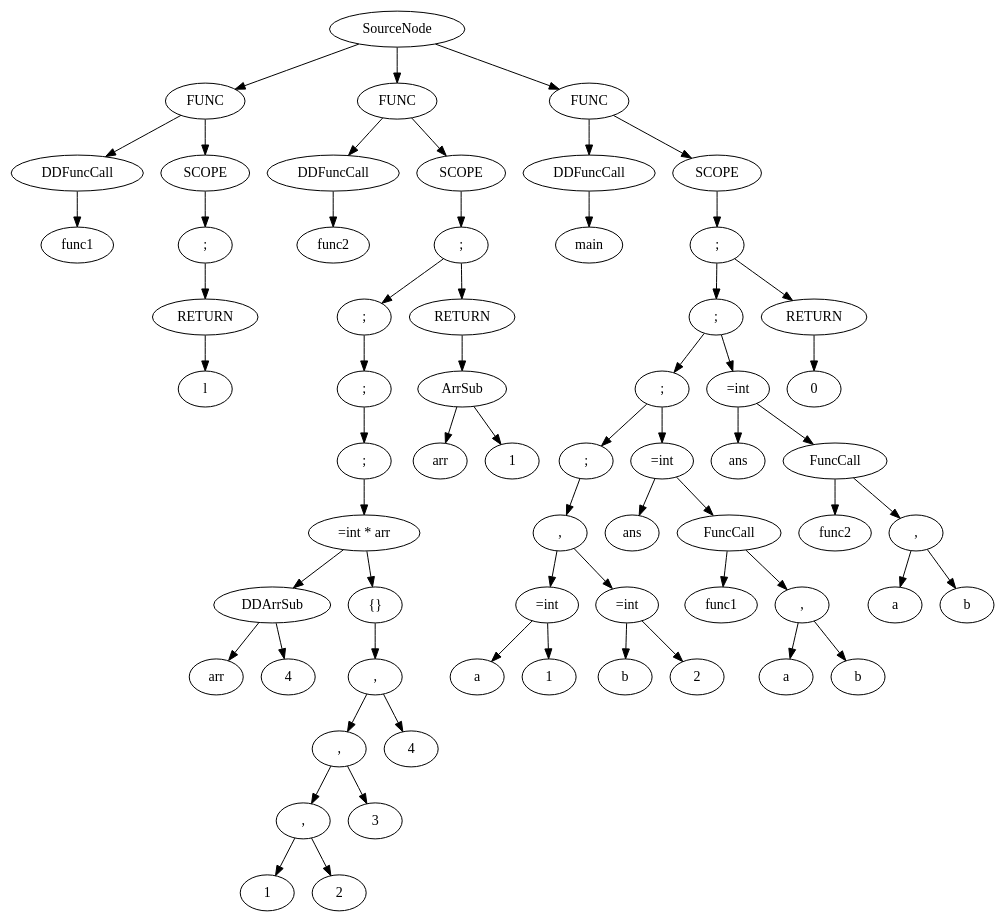
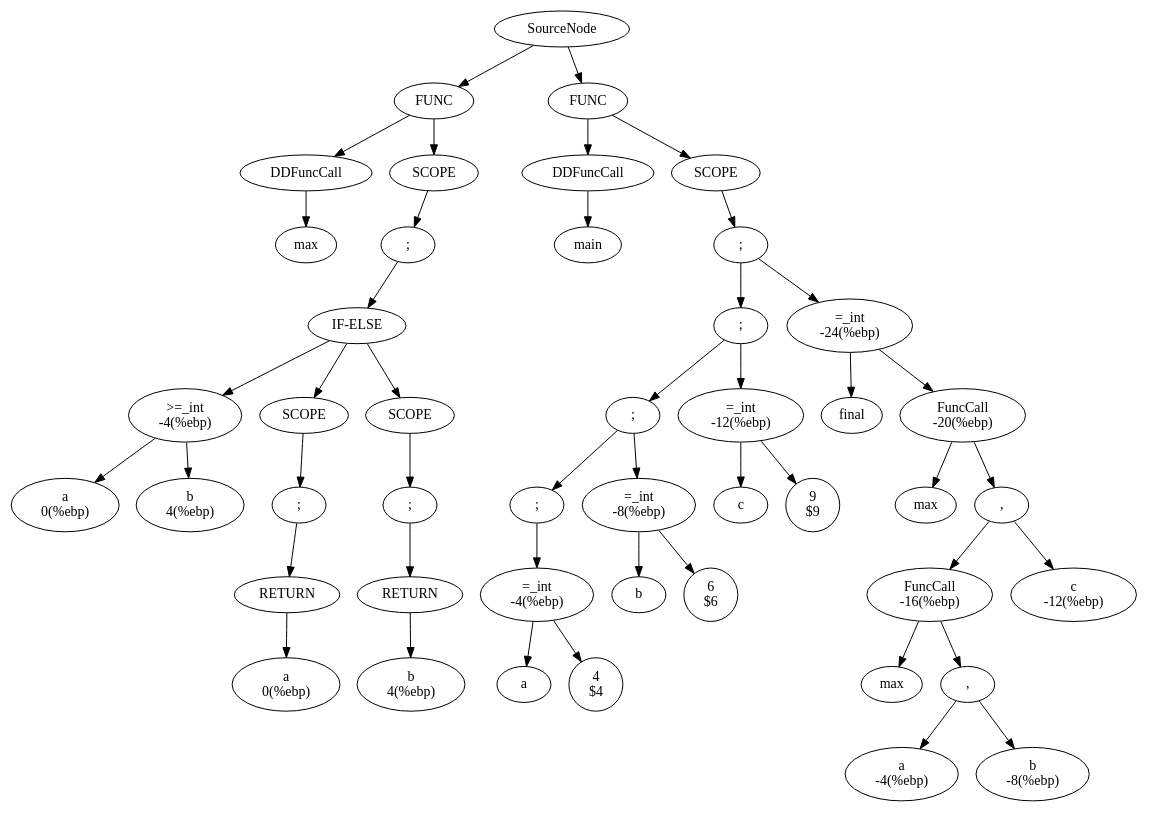
Before and after one commit to SupreethBaliga/Compilers: the diagram in dot/test2.dot, drawn with Graphviz. The commit also changed 5 other files, not shown here.

```diff
--- a/dot/test2.dot
+++ b/dot/test2.dot
@@ -3,260 +3,242 @@
 	node [label="\N"];
 	{
 		graph [rank=same];
-		2		 [label=func1];
+		2		 [label="max
+"];
 	}
 	{
 		graph [rank=same];
-		14		 [label=l];
+		8		 [label="a
+0(%ebp)"];
+		9		 [label="b
+4(%ebp)"];
+		8 -> 9		 [style=invis];
 	}
 	{
 		graph [rank=same];
-		15		 [label=RETURN];
+		11		 [label="a
+0(%ebp)"];
 	}
 	{
 		graph [rank=same];
-		16		 [label=";"];
+		12		 [label="RETURN
+"];
 	}
 	{
 		graph [rank=same];
-		7		 [label=DDFuncCall];
-		17		 [label=SCOPE];
-		7 -> 17		 [style=invis];
+		13		 [label=";
+"];
 	}
 	{
 		graph [rank=same];
-		20		 [label=func2];
+		15		 [label="b
+4(%ebp)"];
 	}
 	{
 		graph [rank=same];
-		27		 [label=arr];
-		28		 [label=4];
+		16		 [label="RETURN
+"];
+	}
+	{
+		graph [rank=same];
+		17		 [label=";
+"];
+	}
+	{
+		graph [rank=same];
+		10		 [label=">=_int
+-4(%ebp)"];
+		14		 [label="SCOPE
+"];
+		10 -> 14		 [style=invis];
+		18		 [label="SCOPE
+"];
+		14 -> 18		 [style=invis];
+	}
+	{
+		graph [rank=same];
+		19		 [label="IF-ELSE
+"];
+	}
+	{
+		graph [rank=same];
+		20		 [label=";
+"];
+	}
+	{
+		graph [rank=same];
+		7		 [label="DDFuncCall
+"];
+		21		 [label="SCOPE
+"];
+		7 -> 21		 [style=invis];
+	}
+	{
+		graph [rank=same];
+		22		 [label="FUNC
+"];
+	}
+	{
+		graph [rank=same];
+		24		 [label="main
+"];
+	}
+	{
+		graph [rank=same];
+		27		 [label="a
+"];
+		28		 [label="4
+$4"];
 		27 -> 28		 [style=invis];
 	}
 	{
 		graph [rank=same];
-		30		 [label=1];
-		31		 [label=2];
-		30 -> 31		 [style=invis];
+		29		 [label="=_int
+-4(%ebp)"];
 	}
 	{
 		graph [rank=same];
-		32		 [label=","];
-		33		 [label=3];
+		32		 [label="b
+"];
+		33		 [label="6
+$6"];
 		32 -> 33		 [style=invis];
 	}
 	{
 		graph [rank=same];
-		34		 [label=","];
-		35		 [label=4];
-		34 -> 35		 [style=invis];
+		30		 [label=";
+"];
+		34		 [label="=_int
+-8(%ebp)"];
+		30 -> 34		 [style=invis];
 	}
 	{
 		graph [rank=same];
-		36		 [label=","];
+		37		 [label="c
+"];
+		38		 [label="9
+$9"];
+		37 -> 38		 [style=invis];
 	}
 	{
 		graph [rank=same];
-		29		 [label=DDArrSub];
-		37		 [label="{}"];
-		29 -> 37		 [style=invis];
+		35		 [label=";
+"];
+		39		 [label="=_int
+-12(%ebp)"];
+		35 -> 39		 [style=invis];
 	}
 	{
 		graph [rank=same];
-		38		 [label="=int * arr"];
+		45		 [label="a
+-4(%ebp)"];
+		46		 [label="b
+-8(%ebp)"];
+		45 -> 46		 [style=invis];
 	}
 	{
 		graph [rank=same];
-		39		 [label=";"];
+		44		 [label="max
+"];
+		47		 [label=",
+"];
+		44 -> 47		 [style=invis];
 	}
 	{
 		graph [rank=same];
-		42		 [label=";"];
+		48		 [label="FuncCall
+-16(%ebp)"];
+		49		 [label="c
+-12(%ebp)"];
+		48 -> 49		 [style=invis];
 	}
 	{
 		graph [rank=same];
-		46		 [label=arr];
-		47		 [label=1];
-		46 -> 47		 [style=invis];
+		43		 [label="max
+"];
+		50		 [label=",
+"];
+		43 -> 50		 [style=invis];
 	}
 	{
 		graph [rank=same];
-		48		 [label=ArrSub];
+		42		 [label="final
+"];
+		51		 [label="FuncCall
+-20(%ebp)"];
+		42 -> 51		 [style=invis];
 	}
 	{
 		graph [rank=same];
-		45		 [label=";"];
-		49		 [label=RETURN];
-		45 -> 49		 [style=invis];
+		40		 [label=";
+"];
+		52		 [label="=_int
+-24(%ebp)"];
+		40 -> 52		 [style=invis];
 	}
 	{
 		graph [rank=same];
-		50		 [label=";"];
+		53		 [label=";
+"];
 	}
 	{
 		graph [rank=same];
-		25		 [label=DDFuncCall];
-		51		 [label=SCOPE];
-		25 -> 51		 [style=invis];
+		25		 [label="DDFuncCall
+"];
+		54		 [label="SCOPE
+"];
+		25 -> 54		 [style=invis];
 	}
 	{
 		graph [rank=same];
-		54		 [label=main];
+		55		 [label="FUNC
+"];
 	}
-	{
-		graph [rank=same];
-		57		 [label=a];
-		58		 [label=1];
-		57 -> 58		 [style=invis];
-	}
-	{
-		graph [rank=same];
-		60		 [label=b];
-		61		 [label=2];
-		60 -> 61		 [style=invis];
-	}
-	{
-		graph [rank=same];
-		59		 [label="=int"];
-		62		 [label="=int"];
-		59 -> 62		 [style=invis];
-	}
-	{
-		graph [rank=same];
-		63		 [label=","];
-	}
-	{
-		graph [rank=same];
-		68		 [label=a];
-		69		 [label=b];
-		68 -> 69		 [style=invis];
-	}
-	{
-		graph [rank=same];
-		67		 [label=func1];
-		70		 [label=","];
-		67 -> 70		 [style=invis];
-	}
-	{
-		graph [rank=same];
-		66		 [label=ans];
-		71		 [label=FuncCall];
-		66 -> 71		 [style=invis];
-	}
-	{
-		graph [rank=same];
-		64		 [label=";"];
-		72		 [label="=int"];
-		64 -> 72		 [style=invis];
-	}
-	{
-		graph [rank=same];
-		77		 [label=a];
-		78		 [label=b];
-		77 -> 78		 [style=invis];
-	}
-	{
-		graph [rank=same];
-		76		 [label=func2];
-		79		 [label=","];
-		76 -> 79		 [style=invis];
-	}
-	{
-		graph [rank=same];
-		74		 [label=ans];
-		80		 [label=FuncCall];
-		74 -> 80		 [style=invis];
-	}
-	{
-		graph [rank=same];
-		73		 [label=";"];
-		75		 [label="=int"];
-		73 -> 75		 [style=invis];
-	}
-	{
-		graph [rank=same];
-		82		 [label=0];
-	}
-	{
-		graph [rank=same];
-		81		 [label=";"];
-		83		 [label=RETURN];
-		81 -> 83		 [style=invis];
-	}
-	{
-		graph [rank=same];
-		84		 [label=";"];
-	}
-	{
-		graph [rank=same];
-		55		 [label=DDFuncCall];
-		85		 [label=SCOPE];
-		55 -> 85		 [style=invis];
-	}
-	0	 [label=SourceNode];
-	18	 [label=FUNC];
-	0 -> 18;
-	52	 [label=FUNC];
-	0 -> 52;
-	86	 [label=FUNC];
-	0 -> 86;
+	0	 [label="SourceNode
+"];
+	0 -> 22;
+	0 -> 55;
 	7 -> 2;
-	15 -> 14;
+	10 -> 8;
+	10 -> 9;
+	12 -> 11;
+	13 -> 12;
+	14 -> 13;
 	16 -> 15;
 	17 -> 16;
-	18 -> 7;
 	18 -> 17;
-	25 -> 20;
+	19 -> 10;
+	19 -> 14;
+	19 -> 18;
+	20 -> 19;
+	21 -> 20;
+	22 -> 7;
+	22 -> 21;
+	25 -> 24;
 	29 -> 27;
 	29 -> 28;
-	32 -> 30;
-	32 -> 31;
+	30 -> 29;
 	34 -> 32;
 	34 -> 33;
-	36 -> 34;
-	36 -> 35;
-	37 -> 36;
-	38 -> 29;
-	38 -> 37;
+	35 -> 30;
+	35 -> 34;
+	39 -> 37;
 	39 -> 38;
-	42 -> 39;
-	45 -> 42;
-	48 -> 46;
+	40 -> 35;
+	40 -> 39;
+	47 -> 45;
+	47 -> 46;
+	48 -> 44;
 	48 -> 47;
-	49 -> 48;
-	50 -> 45;
+	50 -> 48;
 	50 -> 49;
+	51 -> 43;
 	51 -> 50;
-	52 -> 25;
+	52 -> 42;
 	52 -> 51;
+	53 -> 40;
+	53 -> 52;
+	54 -> 53;
+	55 -> 25;
 	55 -> 54;
-	59 -> 57;
-	59 -> 58;
-	62 -> 60;
-	62 -> 61;
-	63 -> 59;
-	63 -> 62;
-	64 -> 63;
-	70 -> 68;
-	70 -> 69;
-	71 -> 67;
-	71 -> 70;
-	72 -> 66;
-	72 -> 71;
-	73 -> 64;
-	73 -> 72;
-	75 -> 74;
-	75 -> 80;
-	79 -> 77;
-	79 -> 78;
-	80 -> 76;
-	80 -> 79;
-	81 -> 73;
-	81 -> 75;
-	83 -> 82;
-	84 -> 81;
-	84 -> 83;
-	85 -> 84;
-	86 -> 55;
-	86 -> 85;
 }
```
